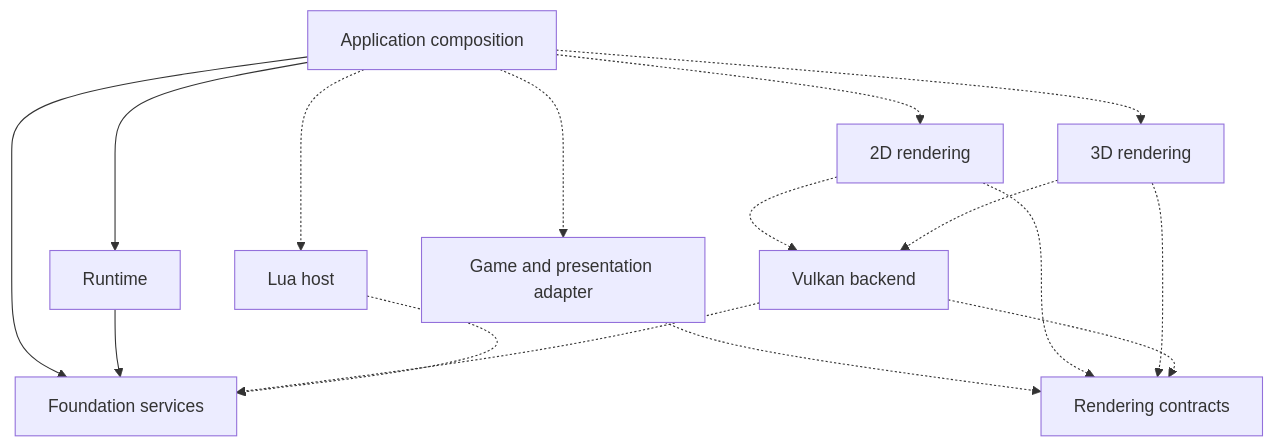
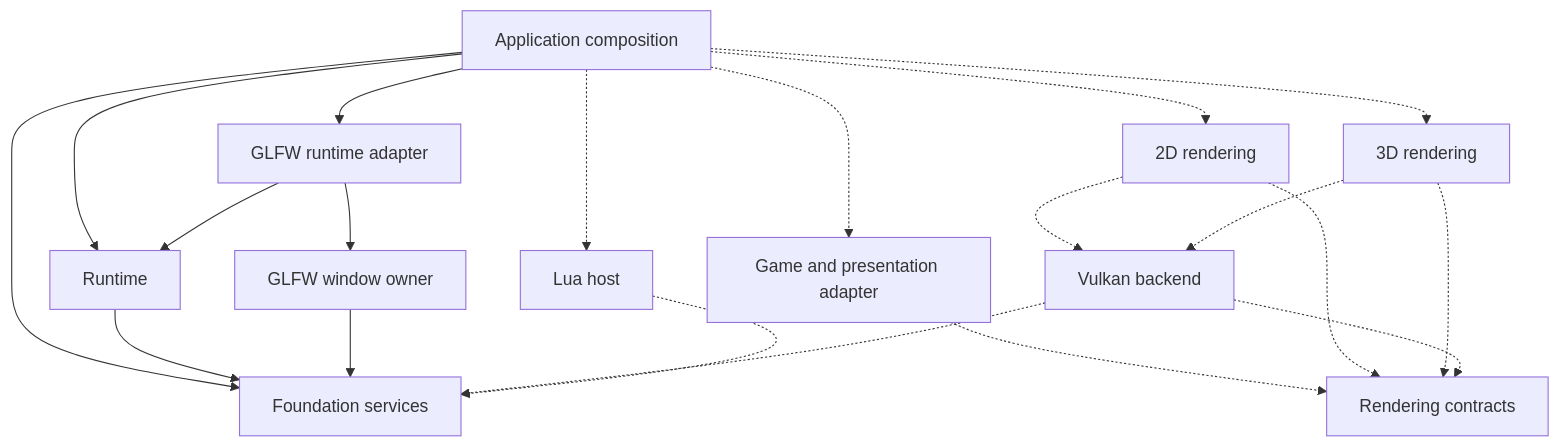
The diagram in docs/engine_foundation_design.md (coghex/hetoimasia), drawn with Mermaid before and after one commit. The commit also changed other lines of this file and 13 other files, not shown here.

````diff
--- a/docs/engine_foundation_design.md
+++ b/docs/engine_foundation_design.md
@@ -70,18 +77,22 @@
 ```mermaid
 flowchart TD
     App[Application composition] --> Runtime[Runtime]
     App --> Foundation[Foundation services]
     Runtime --> Foundation
+    App --> WindowRuntime[GLFW runtime adapter]
+    WindowRuntime --> Runtime
+    WindowRuntime --> GLFW[GLFW window owner]
+    GLFW --> Foundation
     App -.-> Game[Game and presentation adapter]
     App -.-> Lua[Lua host]
     App -.-> Two[2D rendering]
     App -.-> Three[3D rendering]
     Game -.-> API[Rendering contracts]
     Two -.-> API
     Three -.-> API
     Two -.-> GPU[Vulkan backend]
     Three -.-> GPU
     GPU -.-> API
     GPU -.-> Foundation
     Lua -.-> Foundation
 ```
````
